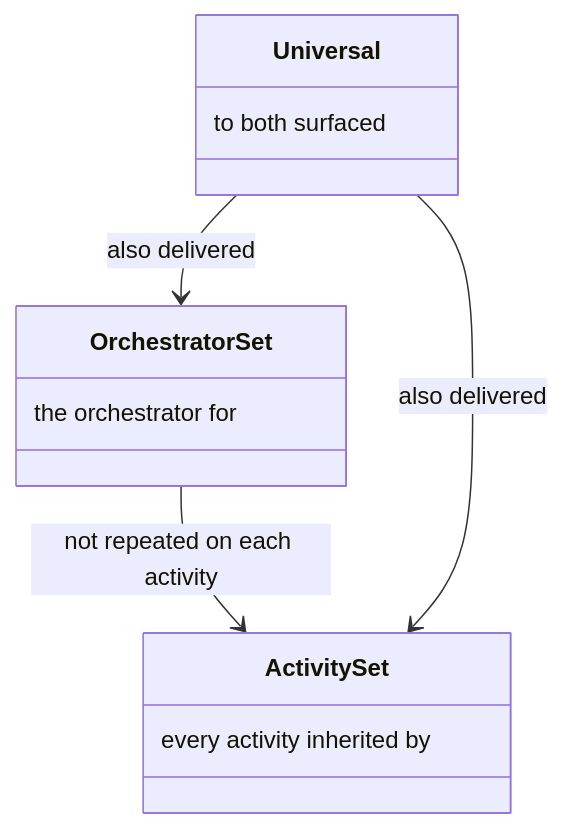
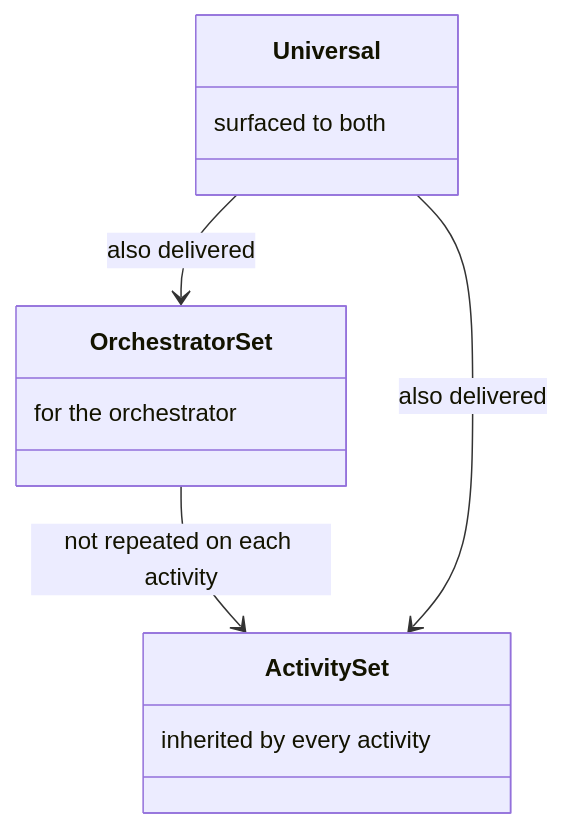
Before and after one commit to m2ux/workflow-server: the fourth of 6 diagrams in docs/workflow.md, drawn with Mermaid. The commit also changed other lines of this file and 10 other files, not shown here.

Commit message:
Write each class-box note in reading order so the diagram shows the phrase as written.

````diff
--- a/docs/workflow.md
+++ b/docs/workflow.md
@@ -75,15 +75,15 @@
 ```mermaid
 classDiagram
   class OrchestratorSet {
-    the orchestrator for
+    for the orchestrator
   }
   class ActivitySet {
-    every activity inherited by
+    inherited by every activity
   }
   class Universal {
-    to both surfaced
+    surfaced to both
   }
   OrchestratorSet --> ActivitySet : not repeated on each activity
   Universal --> OrchestratorSet : also delivered
   Universal --> ActivitySet : also delivered
 ```
````
